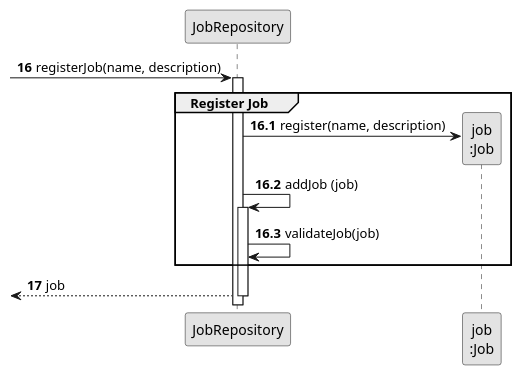
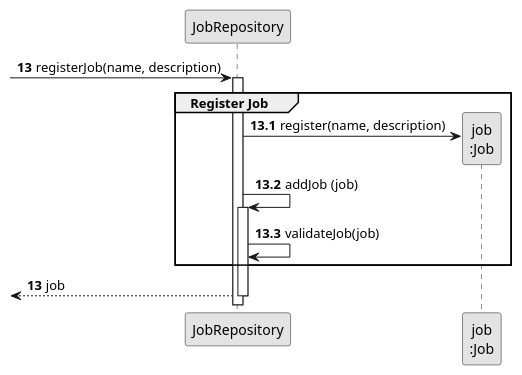
One commit to daniel41silva05/ISEP_2023_2024_LAPR2 changed the diagram in docs/sprintA&B/us002/03.design/puml/us002-sequence-diagram-partial-create-job.puml. Above: the diagram before and after it, drawn with PlantUML. The commit also changed 2 other files, not shown here.

Commit message:
ED-16 Update US002 sequence diagram

```diff
--- a/docs/sprintA&B/us002/03.design/puml/us002-sequence-diagram-partial-create-job.puml
+++ b/docs/sprintA&B/us002/03.design/puml/us002-sequence-diagram-partial-create-job.puml
@@ -1,29 +1,29 @@
 @startuml
 skinparam monochrome true
 skinparam packageStyle rectangle
 skinparam shadowing false
 
 participant "JobRepository" as JOBS
 participant "job\n:Job" as JOB
 
-autonumber 16
+autonumber 13
 -> JOBS: registerJob(name, description)
 
-autonumber 16.1
+autonumber 13.1
 activate JOBS
     group Register Job
 
         JOBS -> JOB**: register(name, description)
         JOBS -> JOBS: addJob (job)
 
         activate JOBS
             JOBS -> JOBS: validateJob(job)
 '
     end
 
-    autonumber 17
+    autonumber 13
     <-- JOBS : job
 deactivate JOBS
 
 
 @enduml
```
